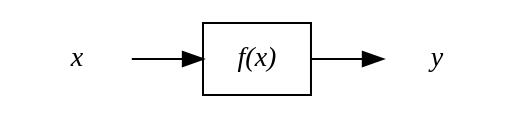
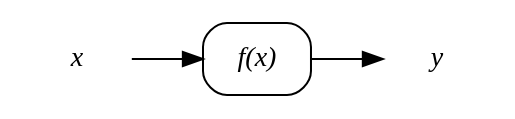
One commit to uasolo/FPCA-phonetics-workshop changed the third of 4 diagrams in presentations/OrthogonalProjections.qmd. Above: the diagram before and after it, drawn with Graphviz. The commit also changed other lines of this file and 5 other files, not shown here.

````diff
--- a/presentations/OrthogonalProjections.qmd
+++ b/presentations/OrthogonalProjections.qmd
@@ -21,12 +167,12 @@
 ```{dot}
 
 digraph G {
 rankdir=LR;
-  A[shape = plaintext label="x", fontname="times-italic"]
-  B[shape = box label="f(x)", fontname="times-italic"]
-  C[shape = plaintext label = "y", fontname="times-italic"]
+  A[shape = plaintext label="x" fontname="times-italic"]
+  B[shape = box label="f(x)" fontname="times-italic"  style = rounded]
+  C[shape = plaintext label = "y" fontname="times-italic"]
   A -> B;
   B -> C;
   
 }
 ```
````
